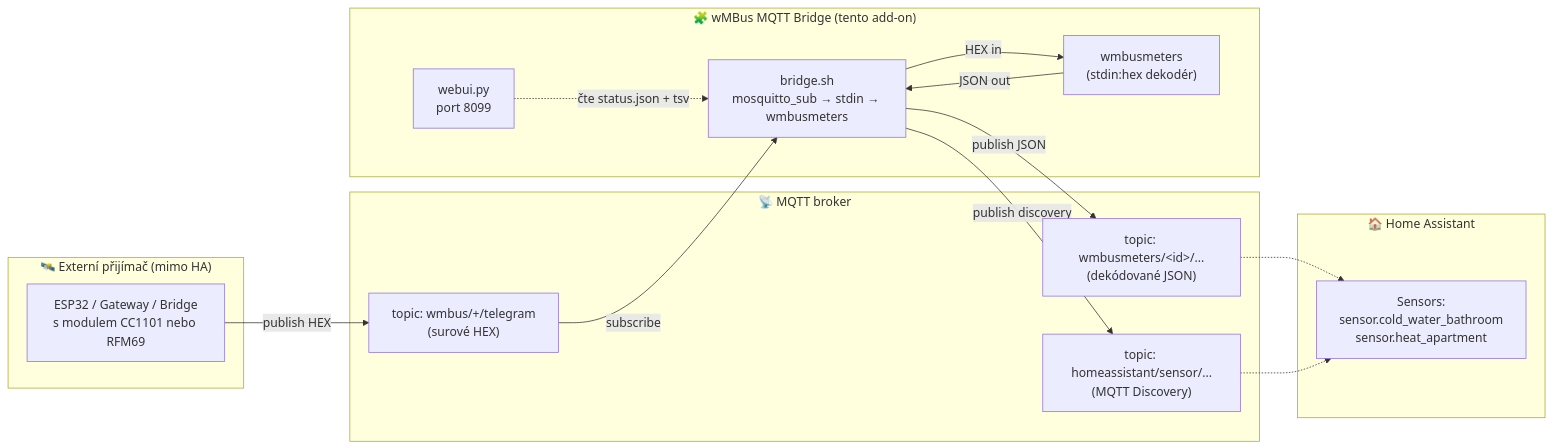
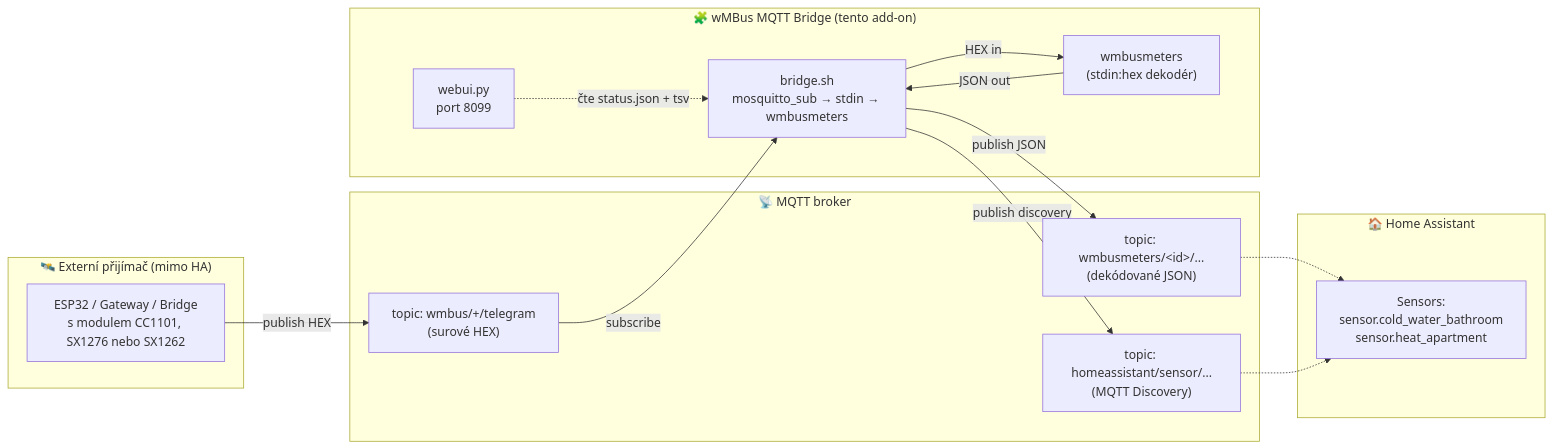
The first of 7 diagrams in docs/README.cs.md (Kustonium/homeassistant-wmbus-mqtt-bridge), drawn with Mermaid before and after one commit. The commit also changed other lines of this file and 10 other files, not shown here.

````diff
--- a/docs/README.cs.md
+++ b/docs/README.cs.md
@@ -52,33 +54,33 @@
 ```mermaid
 %%{init: {'theme':'default'}}%%
 flowchart LR
   subgraph EXT["🛰️ Externí přijímač (mimo HA)"]
-    A1["ESP32 / Gateway / Bridge<br/>s modulem CC1101 nebo RFM69"]
+    A1["ESP32 / Gateway / Bridge<br/>s modulem CC1101, SX1276 nebo SX1262"]
   end
 
   subgraph BROKER["📡 MQTT broker"]
     B1["topic: wmbus/+/telegram<br/>(surové HEX)"]
     B2["topic: wmbusmeters/&lt;id&gt;/...<br/>(dekódované JSON)"]
     B3["topic: homeassistant/sensor/...<br/>(MQTT Discovery)"]
   end
 
   subgraph ADDON["🧩 wMBus MQTT Bridge (tento add-on)"]
     C1["bridge.sh<br/>mosquitto_sub → stdin → wmbusmeters"]
     C2["wmbusmeters<br/>(stdin:hex dekodér)"]
     C3["webui.py<br/>port 8099"]
     C1 -- "HEX in" --> C2
     C2 -- "JSON out" --> C1
     C3 -. "čte status.json + tsv" .-> C1
   end
 
   subgraph HA["🏠 Home Assistant"]
     D1["Sensors:<br/>sensor.cold_water_bathroom<br/>sensor.heat_apartment"]
   end
 
   A1 -- "publish HEX" --> B1
   B1 -- "subscribe" --> C1
   C1 -- "publish JSON" --> B2
   C1 -- "publish discovery" --> B3
   B2 -.-> D1
   B3 -.-> D1
 ```
````
